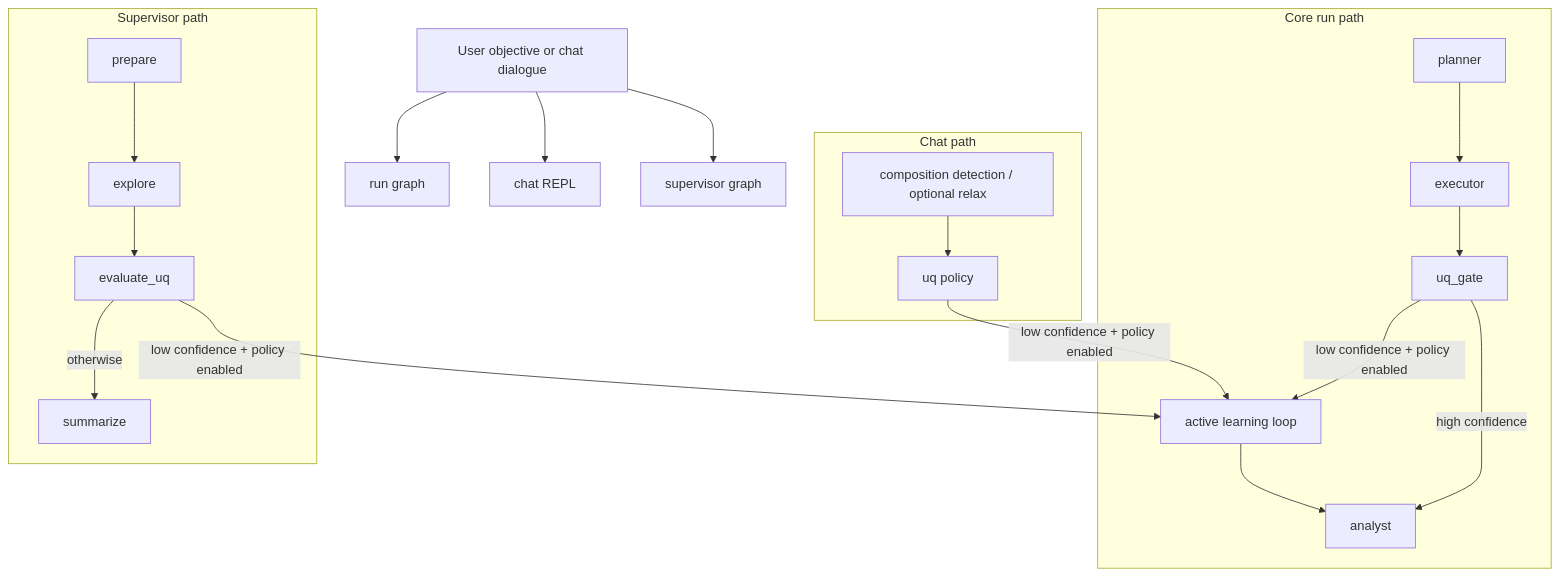
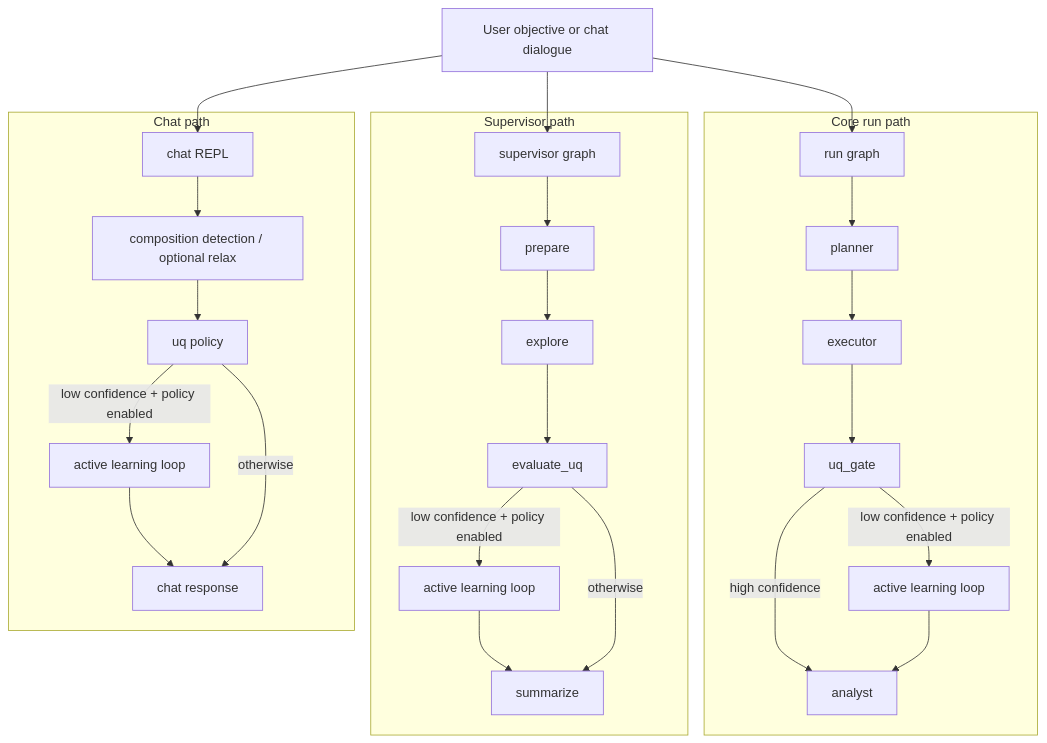
Before and after one commit to ORNL/matsim-agents: the diagram in README.md, drawn with Mermaid. The commit also changed other lines of this file and 4 other files, not shown here.

Commit message:
Update workflow architecture documentation

````diff
--- a/README.md
+++ b/README.md
@@ -83,27 +84,33 @@
 ```mermaid
 flowchart TD
     U[User objective or chat dialogue]
     U --> R[run graph]
     U --> C[chat REPL]
     U --> S[supervisor graph]
 
     subgraph RPATH[Core run path]
-      RP[planner] --> RE[executor]
+      R --> RP[planner]
+      RP --> RE[executor]
       RE --> RU[uq_gate]
       RU -->|high confidence| RA[analyst]
-      RU -->|low confidence + policy enabled| AL[active learning loop]
-      AL --> RA
+      RU -->|low confidence + policy enabled| RAL[active learning loop]
+      RAL --> RA
     end
 
     subgraph SPATH[Supervisor path]
-      SP[prepare] --> SX[explore]
+      S --> SP[prepare]
+      SP --> SX[explore]
       SX --> SU[evaluate_uq]
-      SU -->|low confidence + policy enabled| AL
+      SU -->|low confidence + policy enabled| SAL[active learning loop]
+      SAL --> SS[summarize]
       SU -->|otherwise| SS[summarize]
     end
 
     subgraph CPATH[Chat path]
-      CC[composition detection / optional relax] --> CU[uq policy]
-      CU -->|low confidence + policy enabled| AL
+      C --> CC[composition detection / optional relax]
+      CC --> CU[uq policy]
+      CU -->|low confidence + policy enabled| CAL[active learning loop]
+      CAL --> CR[chat response]
+      CU -->|otherwise| CR
     end
 ```
````
